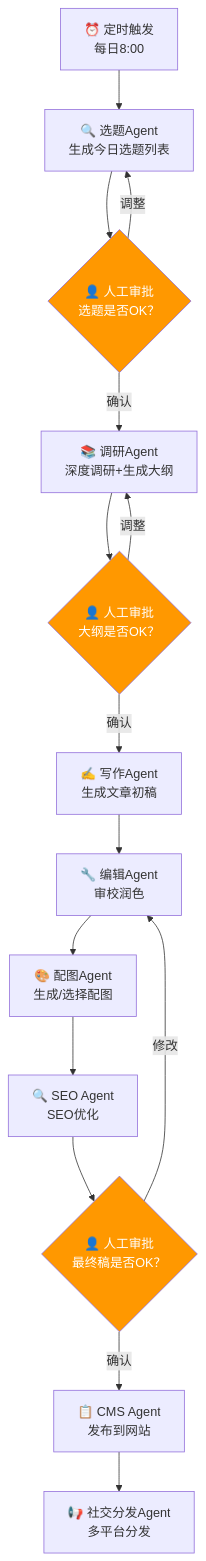
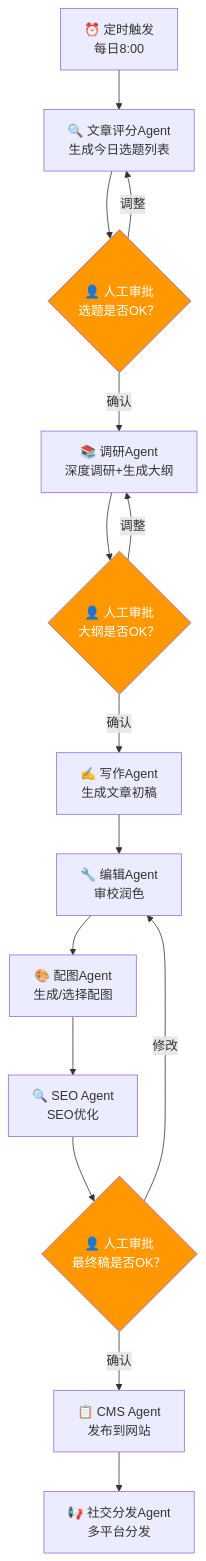
Before and after one commit to flyingsnowzz/Multi-Agent-Automatic-Operation-Website: the third of 10 diagrams in 多Agent自动运营网站方案.md, drawn with Mermaid. The commit also changed other lines of this file and 49 other files, not shown here.

````diff
--- a/多Agent自动运营网站方案.md
+++ b/多Agent自动运营网站方案.md
@@ -414,25 +414,25 @@
 ```mermaid
 flowchart TB
     START["⏰ 定时触发<br/>每日8:00"] --> TOPIC
-    TOPIC["🔍 选题Agent<br/>生成今日选题列表"]
+    TOPIC["🔍 文章评分Agent<br/>生成今日选题列表"]
     TOPIC --> APPROVE1{"👤 人工审批<br/>选题是否OK？"}
     APPROVE1 -->|确认| RESEARCH
     APPROVE1 -->|调整| TOPIC
     RESEARCH["📚 调研Agent<br/>深度调研+生成大纲"]
     RESEARCH --> APPROVE2{"👤 人工审批<br/>大纲是否OK？"}
     APPROVE2 -->|确认| WRITER
     APPROVE2 -->|调整| RESEARCH
     WRITER["✍️ 写作Agent<br/>生成文章初稿"]
     WRITER --> EDITOR["🔧 编辑Agent<br/>审校润色"]
     EDITOR --> IMAGE["🎨 配图Agent<br/>生成/选择配图"]
     IMAGE --> SEO["🔍 SEO Agent<br/>SEO优化"]
     SEO --> APPROVE3{"👤 人工审批<br/>最终稿是否OK？"}
     APPROVE3 -->|确认| CMS
     APPROVE3 -->|修改| EDITOR
     CMS["📋 CMS Agent<br/>发布到网站"]
     CMS --> SOCIAL["📢 社交分发Agent<br/>多平台分发"]
     
     style APPROVE1 fill:#ff9800,color:#fff
     style APPROVE2 fill:#ff9800,color:#fff
     style APPROVE3 fill:#ff9800,color:#fff
 ```
````
